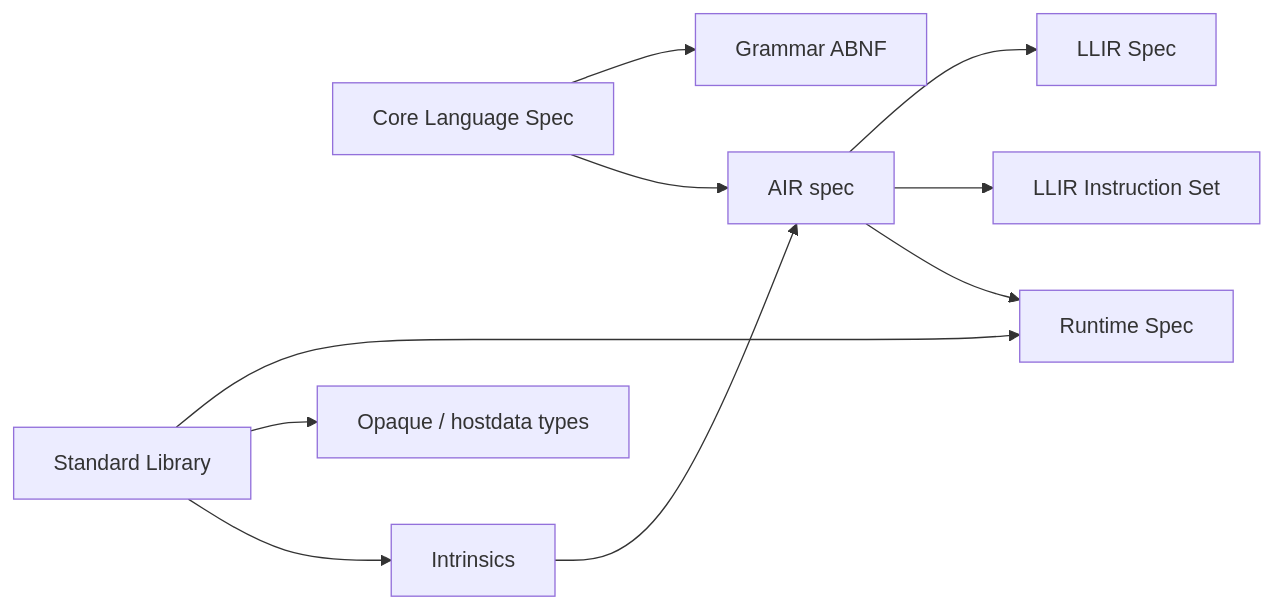
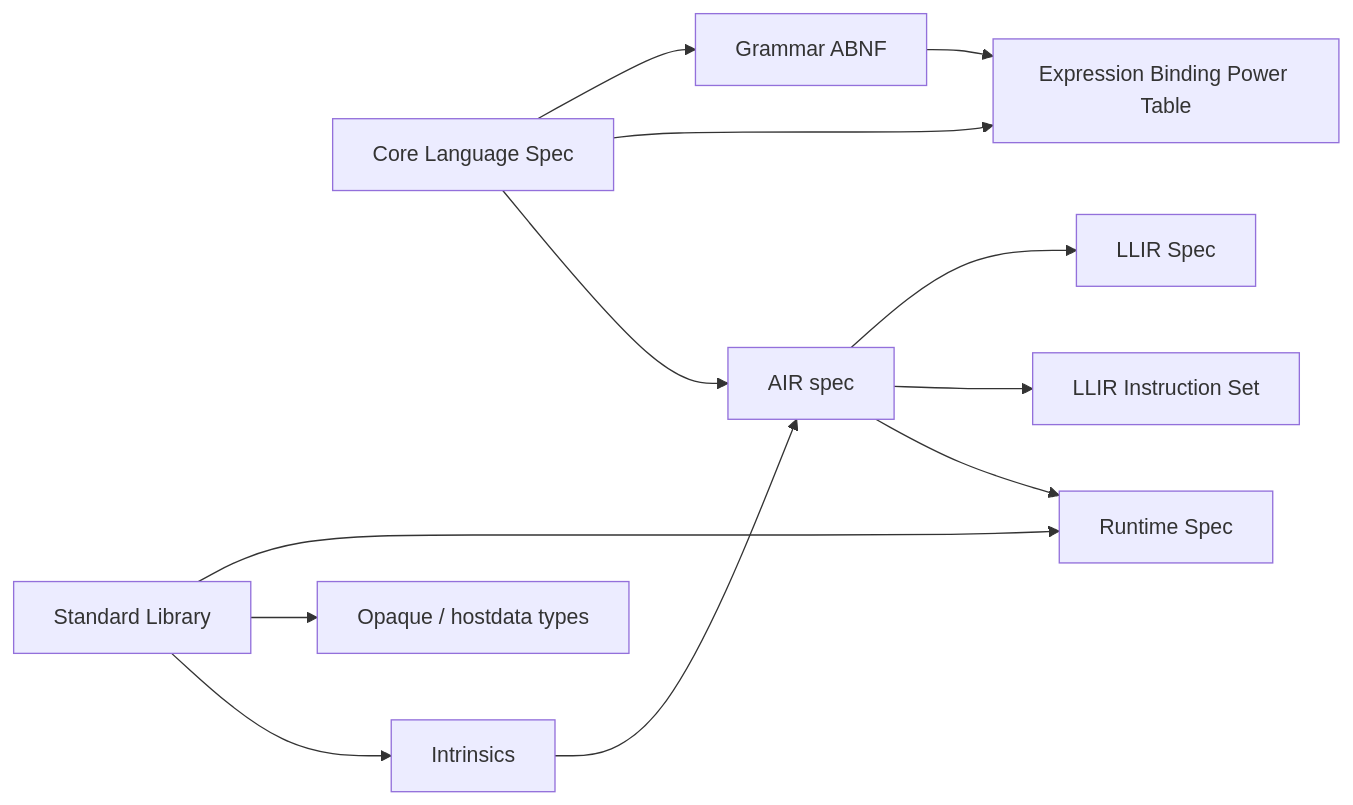
The second of 2 diagrams in spec/README.md (zoltrazig/stilla), drawn with Mermaid before and after one commit. The commit also changed other lines of this file and 25 other files, not shown here.

````diff
--- a/spec/README.md
+++ b/spec/README.md
@@ -62,12 +64,14 @@
 ```mermaid
 flowchart LR
     Core["Core Language Spec"] --> Grammar["Grammar ABNF"]
+    Grammar --> Expr["Expression Binding Power Table"]
+    Core --> Expr
     Core --> Air["AIR spec"]
     Air --> Llir["LLIR Spec"]
     Air --> ISet["LLIR Instruction Set"]
     Air --> Runtime["Runtime Spec"]
     Std["Standard Library"] --> Runtime
     Std --> Opaque["Opaque / hostdata types"]
     Std --> Intrinsics["Intrinsics"]
     Intrinsics --> Air
 ```
````
